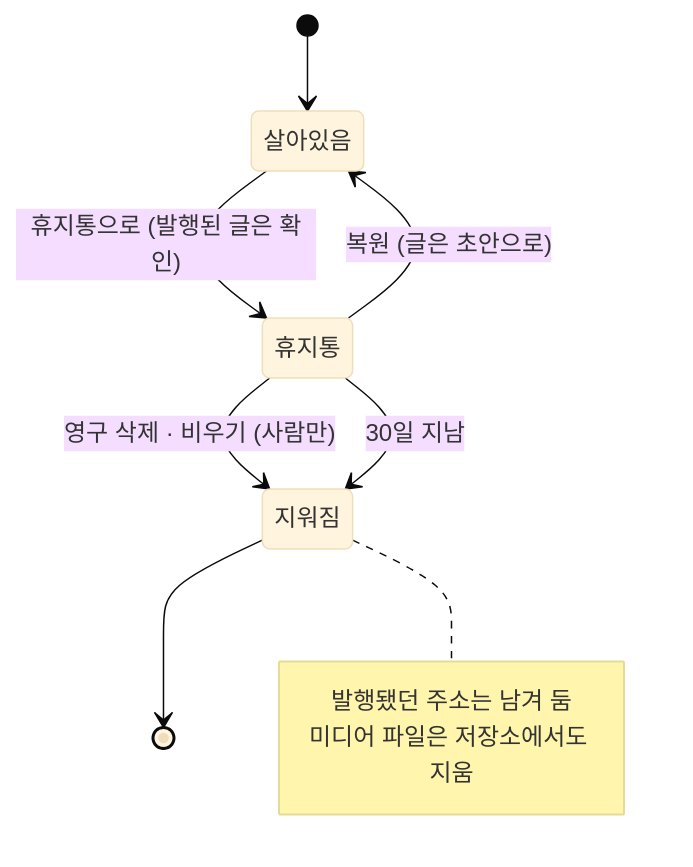
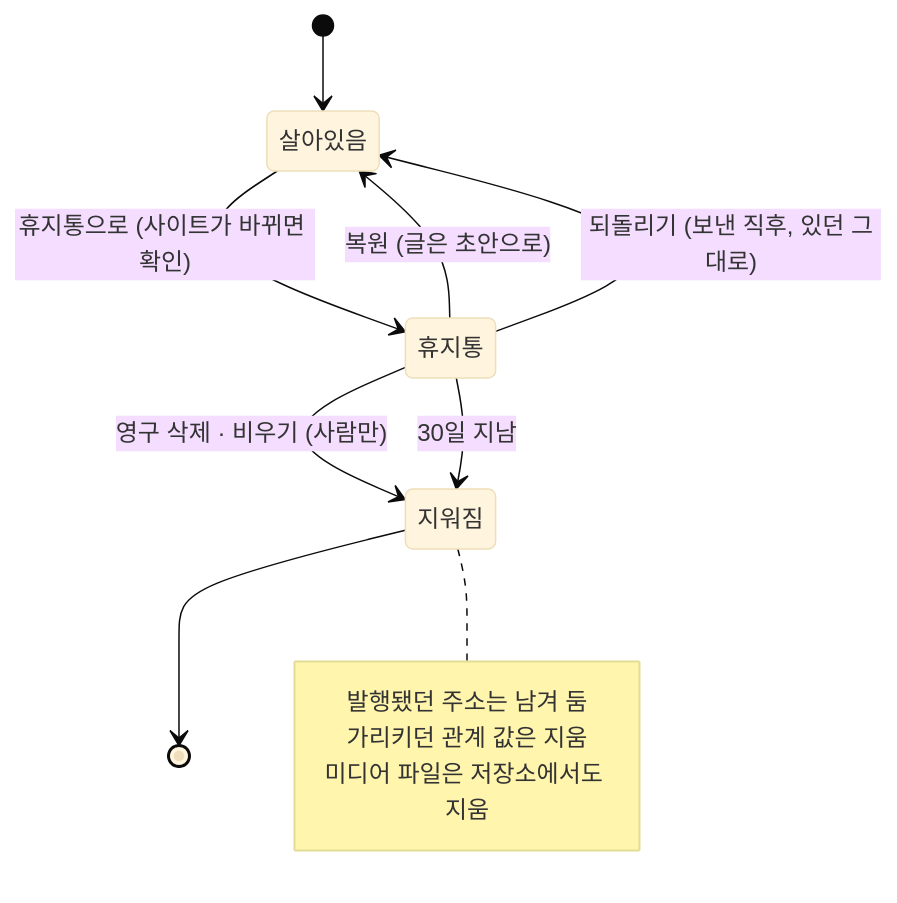
One commit to monti-cms/monti changed the first of 2 diagrams in docs/design/features/11-trash.md. Above: the diagram before and after it, drawn with Mermaid (base theme). The commit also changed other lines of this file and 26 other files, not shown here.

````diff
--- a/docs/design/features/11-trash.md
+++ b/docs/design/features/11-trash.md
@@ -25,13 +26,15 @@
 ```mermaid
 stateDiagram-v2
   [*] --> 살아있음
-  살아있음 --> 휴지통: 휴지통으로 (발행된 글은 확인)
+  살아있음 --> 휴지통: 휴지통으로 (사이트가 바뀌면 확인)
   휴지통 --> 살아있음: 복원 (글은 초안으로)
+  휴지통 --> 살아있음: 되돌리기 (보낸 직후, 있던 그대로)
   휴지통 --> 지워짐: 영구 삭제 · 비우기 (사람만)
   휴지통 --> 지워짐: 30일 지남
   지워짐 --> [*]
   note right of 지워짐
     발행됐던 주소는 남겨 둠
+    가리키던 관계 값은 지움
     미디어 파일은 저장소에서도 지움
   end note
 ```
````
